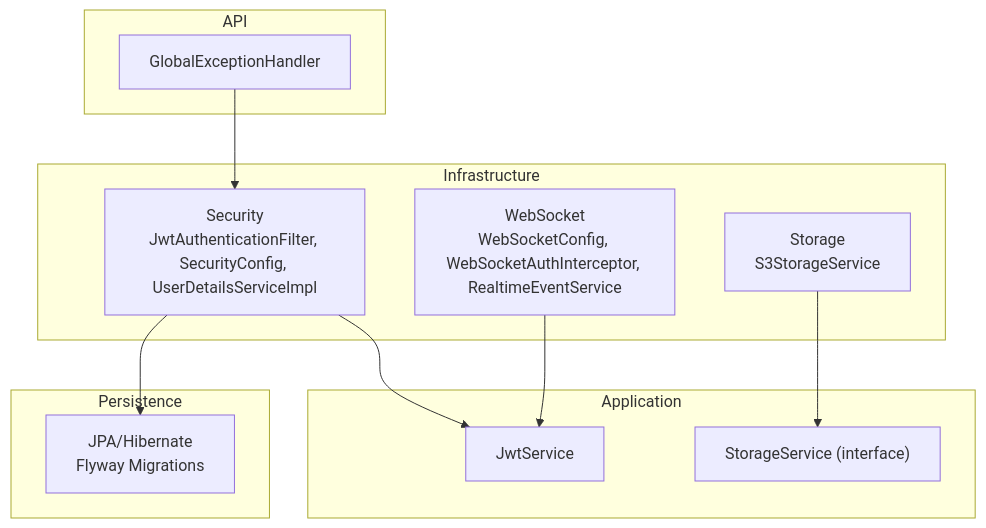
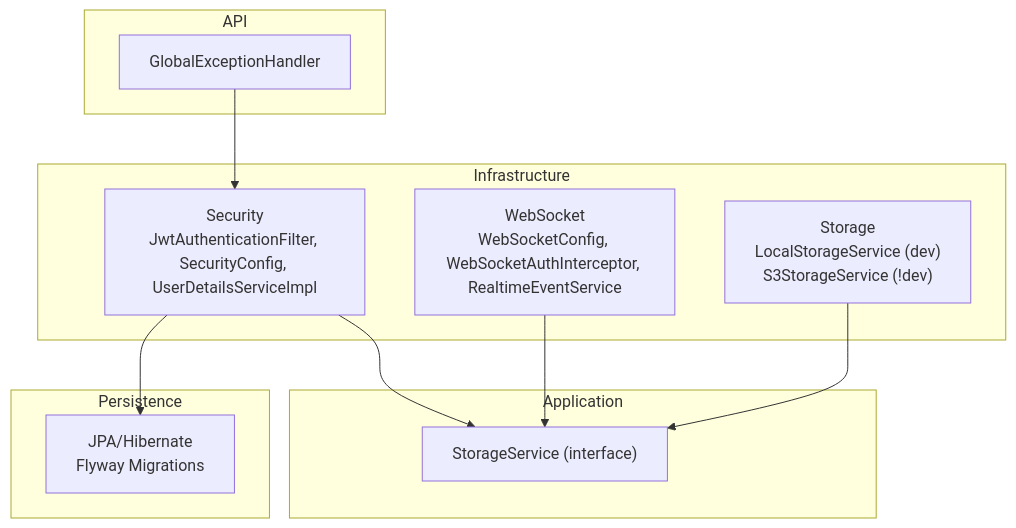
Before and after one commit to Vostrikov2014/vks-qoder: the first of 7 diagrams in .qoder/repowiki/en/content/Backend Modules/Infrastructure Layer/Infrastructure Layer.md, drawn with Mermaid. The commit also changed other lines of this file and 11 other files, not shown here.

````diff
--- a/.qoder/repowiki/en/content/Backend Modules/Infrastructure Layer/Infrastructure Layer.md
+++ b/.qoder/repowiki/en/content/Backend Modules/Infrastructure Layer/Infrastructure Layer.md
@@ -44,23 +56,22 @@
 ```mermaid
 graph TB
 subgraph "Infrastructure"
 SEC["Security<br/>JwtAuthenticationFilter, SecurityConfig, UserDetailsServiceImpl"]
 WS["WebSocket<br/>WebSocketConfig, WebSocketAuthInterceptor, RealtimeEventService"]
-STORE["Storage<br/>S3StorageService"]
+STORE["Storage<br/>LocalStorageService (dev)<br/>S3StorageService (!dev)"]
 end
 subgraph "Application"
-APP_JWT["JwtService"]
 APP_STORE["StorageService (interface)"]
 end
 subgraph "Persistence"
 DB_CFG["JPA/Hibernate<br/>Flyway Migrations"]
 end
 subgraph "API"
 API_EX["GlobalExceptionHandler"]
 end
-SEC --> APP_JWT
-WS --> APP_JWT
+SEC --> APP_STORE
+WS --> APP_STORE
 STORE --> APP_STORE
 SEC --> DB_CFG
 API_EX --> SEC
 ```
````
